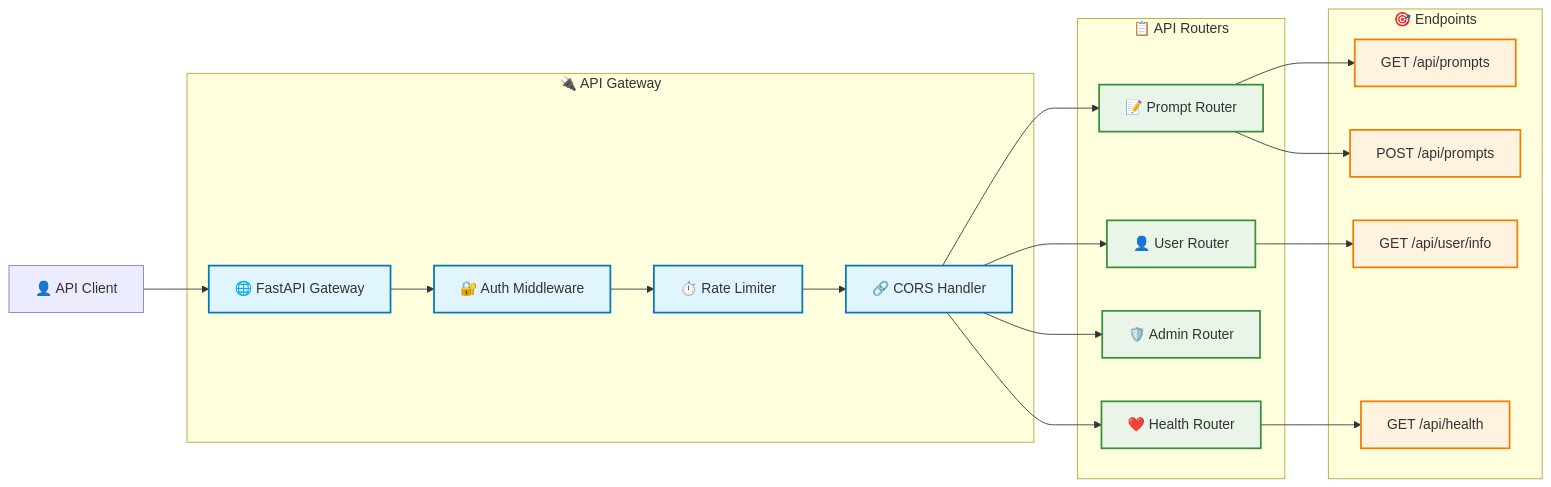
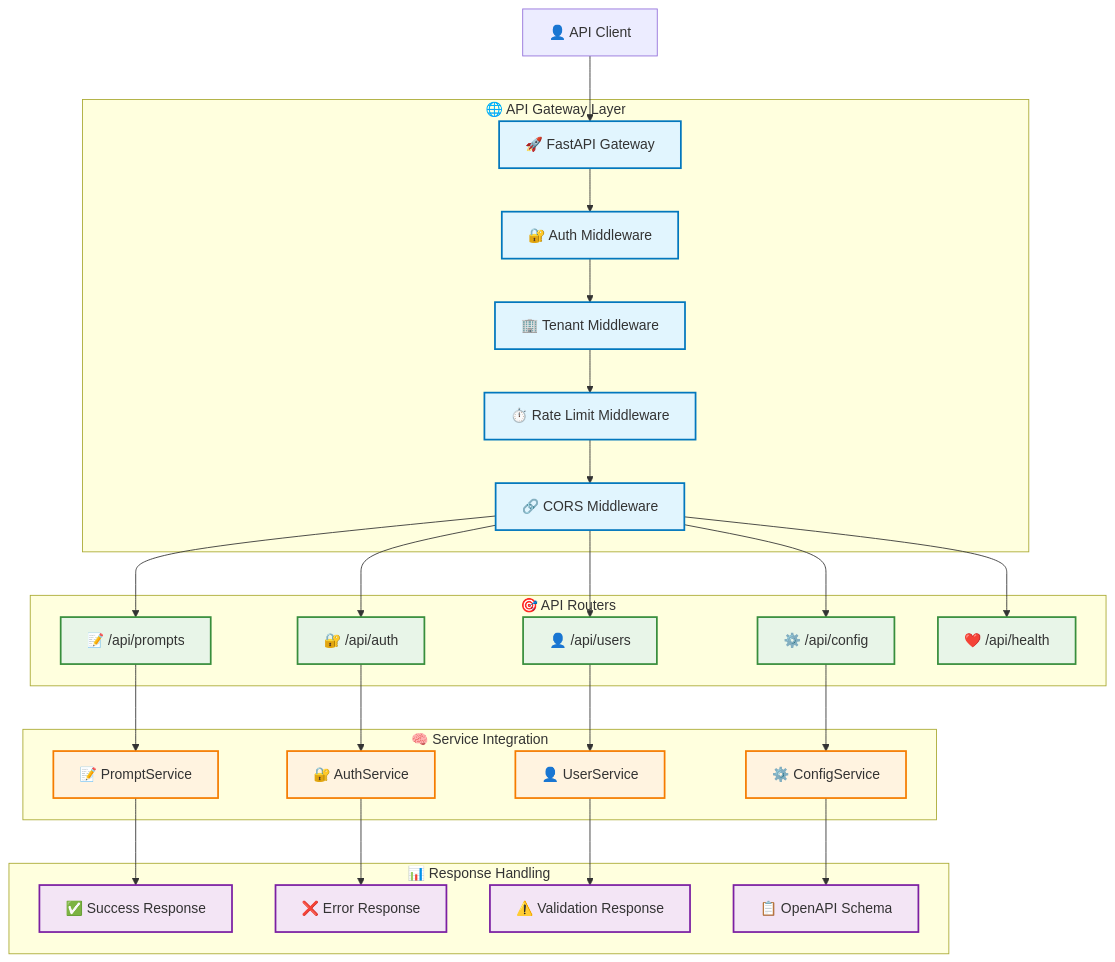
One commit to MakerCorn/ai-prompt-manager changed diagram 11 of 16 in ARCHITECTURE.md. Above: the diagram before and after it, drawn with Mermaid. The commit also changed other lines of this file and 39 other files, not shown here.

````diff
--- a/ARCHITECTURE.md
+++ b/ARCHITECTURE.md
@@ -635,45 +693,64 @@
 ```mermaid
-graph LR
-    subgraph "🔌 API Gateway"
-        GATEWAY[🌐 FastAPI Gateway]
-        AUTH[🔐 Auth Middleware]
-        RATE[⏱️ Rate Limiter]
-        CORS[🔗 CORS Handler]
+graph TB
+    subgraph "🌐 API Gateway Layer"
+        GATEWAY[🚀 FastAPI Gateway]
+        AUTH_MW[🔐 Auth Middleware]
+        TENANT_MW[🏢 Tenant Middleware]
+        RATE_MW[⏱️ Rate Limit Middleware]
+        CORS_MW[🔗 CORS Middleware]
     end
 
-    subgraph "📋 API Routers"
-        PROMPT_ROUTER[📝 Prompt Router]
-        USER_ROUTER[👤 User Router]
-        ADMIN_ROUTER[🛡️ Admin Router]
-        HEALTH_ROUTER[❤️ Health Router]
+    subgraph "🎯 API Routers"
+        PROMPT_ROUTER[📝 /api/prompts]
+        AUTH_ROUTER[🔐 /api/auth]
+        USER_ROUTER[👤 /api/users]
+        CONFIG_ROUTER[⚙️ /api/config]
+        HEALTH_ROUTER[❤️ /api/health]
     end
 
-    subgraph "🎯 Endpoints"
-        GET_PROMPTS[GET /api/prompts]
-        POST_PROMPT[POST /api/prompts]
-        GET_USER[GET /api/user/info]
-        GET_HEALTH[GET /api/health]
+    subgraph "🧠 Service Integration"
+        PROMPT_SVC[📝 PromptService]
+        AUTH_SVC[🔐 AuthService]
+        USER_SVC[👤 UserService]
+        CONFIG_SVC[⚙️ ConfigService]
+    end
+
+    subgraph "📊 Response Handling"
+        SUCCESS_RESP[✅ Success Response]
+        ERROR_RESP[❌ Error Response]
+        VALIDATION_RESP[⚠️ Validation Response]
+        SCHEMA_RESP[📋 OpenAPI Schema]
     end
 
     CLIENT[👤 API Client] --> GATEWAY
-    GATEWAY --> AUTH
-    AUTH --> RATE
-    RATE --> CORS
-    CORS --> PROMPT_ROUTER
-    CORS --> USER_ROUTER
-    CORS --> ADMIN_ROUTER
-    CORS --> HEALTH_ROUTER
+    GATEWAY --> AUTH_MW
+    AUTH_MW --> TENANT_MW
+    TENANT_MW --> RATE_MW
+    RATE_MW --> CORS_MW
     
-    PROMPT_ROUTER --> GET_PROMPTS
-    PROMPT_ROUTER --> POST_PROMPT
-    USER_ROUTER --> GET_USER
-    HEALTH_ROUTER --> GET_HEALTH
+    CORS_MW --> PROMPT_ROUTER
+    CORS_MW --> AUTH_ROUTER
+    CORS_MW --> USER_ROUTER
+    CORS_MW --> CONFIG_ROUTER
+    CORS_MW --> HEALTH_ROUTER
+    
+    PROMPT_ROUTER --> PROMPT_SVC
+    AUTH_ROUTER --> AUTH_SVC
+    USER_ROUTER --> USER_SVC
+    CONFIG_ROUTER --> CONFIG_SVC
+    
+    PROMPT_SVC --> SUCCESS_RESP
+    AUTH_SVC --> ERROR_RESP
+    USER_SVC --> VALIDATION_RESP
+    CONFIG_SVC --> SCHEMA_RESP
 
     classDef gateway fill:#e1f5fe,stroke:#0277bd,stroke-width:2px
     classDef router fill:#e8f5e8,stroke:#388e3c,stroke-width:2px
-    classDef endpoint fill:#fff3e0,stroke:#f57c00,stroke-width:2px
+    classDef service fill:#fff3e0,stroke:#f57c00,stroke-width:2px
+    classDef response fill:#f3e5f5,stroke:#7b1fa2,stroke-width:2px
 
-    class GATEWAY,AUTH,RATE,CORS gateway
-    class PROMPT_ROUTER,USER_ROUTER,ADMIN_ROUTER,HEALTH_ROUTER router
-    class GET_PROMPTS,POST_PROMPT,GET_USER,GET_HEALTH endpoint
+    class GATEWAY,AUTH_MW,TENANT_MW,RATE_MW,CORS_MW gateway
+    class PROMPT_ROUTER,AUTH_ROUTER,USER_ROUTER,CONFIG_ROUTER,HEALTH_ROUTER router
+    class PROMPT_SVC,AUTH_SVC,USER_SVC,CONFIG_SVC service
+    class SUCCESS_RESP,ERROR_RESP,VALIDATION_RESP,SCHEMA_RESP response
 ```
````
